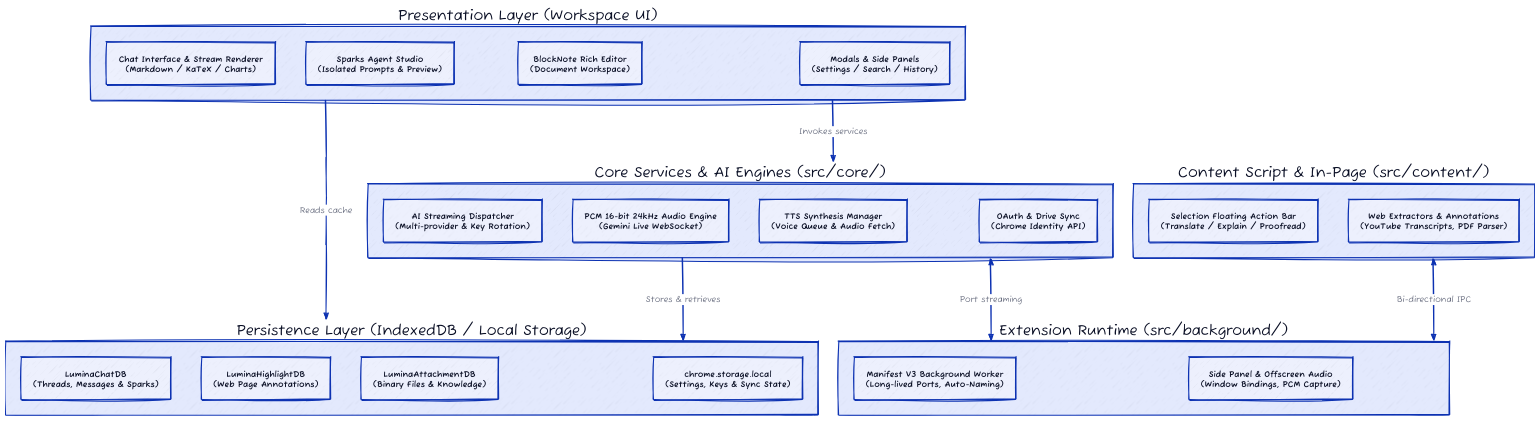
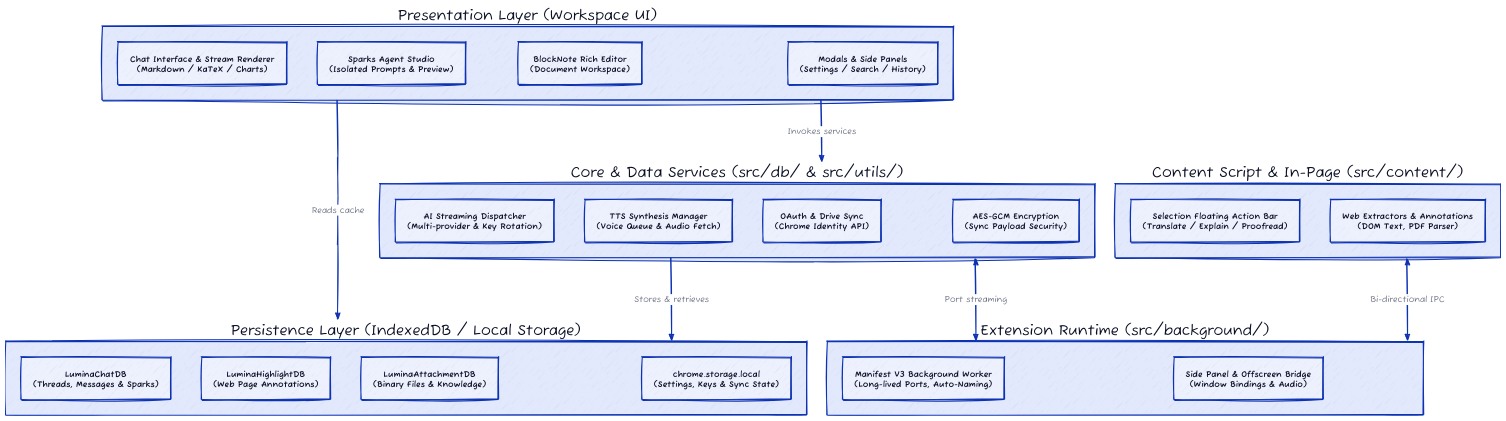
The diagram in README.md (Dinhbinh02/Lumina), drawn with D2 before and after one commit. The commit also changed other lines of this file and 221 other files, not shown here.

````diff
--- a/README.md
+++ b/README.md
@@ -21,45 +21,45 @@
 ```d2
 vars: {
   d2-config: {
     sketch: true
     theme-id: 0
   }
 }
 
 presentation_layer: "Presentation Layer (Workspace UI)" {
   chat_ui: "Chat Interface & Stream Renderer\n(Markdown / KaTeX / Charts)"
   sparks_studio: "Sparks Agent Studio\n(Isolated Prompts & Preview)"
   notes_editor: "BlockNote Rich Editor\n(Document Workspace)"
   modals: "Modals & Side Panels\n(Settings / Search / History)"
 }
 
-service_layer: "Core Services & AI Engines (src/core/)" {
+service_layer: "Core & Data Services (src/db/ & src/utils/)" {
   ai_stream: "AI Streaming Dispatcher\n(Multi-provider & Key Rotation)"
-  audio_engine: "PCM 16-bit 24kHz Audio Engine\n(Gemini Live WebSocket)"
   tts_manager: "TTS Synthesis Manager\n(Voice Queue & Audio Fetch)"
   auth_sync: "OAuth & Drive Sync\n(Chrome Identity API)"
+  crypto: "AES-GCM Encryption\n(Sync Payload Security)"
 }
 
 persistence_layer: "Persistence Layer (IndexedDB / Local Storage)" {
   chat_db: "LuminaChatDB\n(Threads, Messages & Sparks)"
   highlight_db: "LuminaHighlightDB\n(Web Page Annotations)"
   attachment_db: "LuminaAttachmentDB\n(Binary Files & Knowledge)"
   storage_local: "chrome.storage.local\n(Settings, Keys & Sync State)"
 }
 
 content_layer: "Content Script & In-Page (src/content/)" {
   action_bar: "Selection Floating Action Bar\n(Translate / Explain / Proofread)"
-  extractors: "Web Extractors & Annotations\n(YouTube Transcripts, PDF Parser)"
+  extractors: "Web Extractors & Annotations\n(DOM Text, PDF Parser)"
 }
 
 runtime_layer: "Extension Runtime (src/background/)" {
   service_worker: "Manifest V3 Background Worker\n(Long-lived Ports, Auto-Naming)"
-  sidepanel_offscreen: "Side Panel & Offscreen Audio\n(Window Bindings, PCM Capture)"
+  sidepanel_offscreen: "Side Panel & Offscreen Bridge\n(Window Bindings & Audio)"
 }
 
 presentation_layer -> service_layer: Invokes services
 service_layer -> persistence_layer: Stores & retrieves
 presentation_layer -> persistence_layer: Reads cache
 content_layer <-> runtime_layer: Bi-directional IPC
 service_layer <-> runtime_layer: Port streaming
 ```
````
